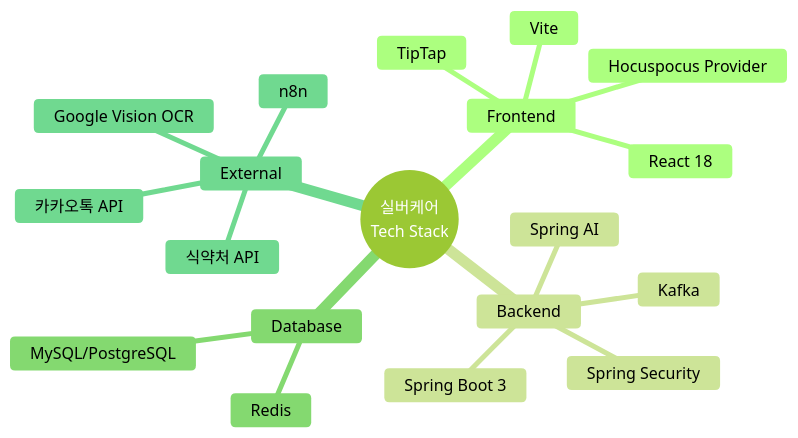
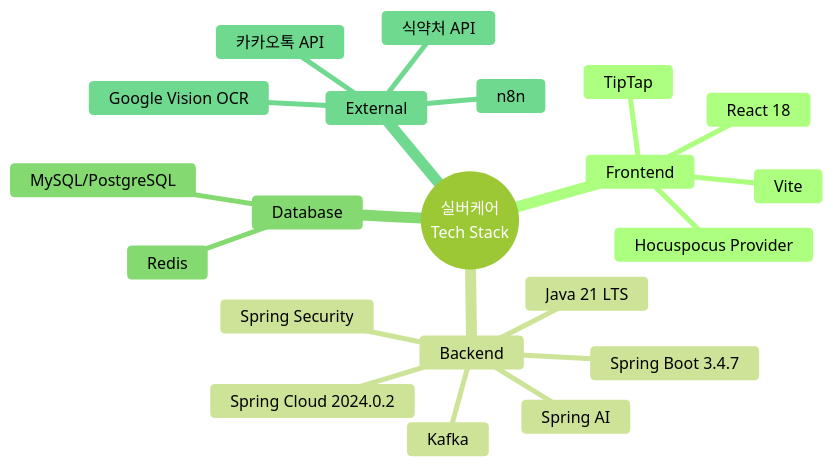
Before and after one commit to KOSA2025-FINAL-PROJECT-TEAM3/Front: the ninth of 9 diagrams in ARCHITECTURE.md, drawn with Mermaid (forest theme). The commit also changed other lines of this file and 2 other files, not shown here.

````diff
--- a/ARCHITECTURE.md
+++ b/ARCHITECTURE.md
@@ -433,22 +433,24 @@
 ```mermaid
 mindmap
   root((실버케어<br/>Tech Stack))
     Frontend
       React 18
       Vite
       TipTap
       Hocuspocus Provider
     Backend
-      Spring Boot 3
+      Java 21 LTS
+      Spring Boot 3.4.7
+      Spring Cloud 2024.0.2
       Spring Security
       Spring AI
       Kafka
     Database
       MySQL/PostgreSQL
       Redis
     External
       Google Vision OCR
       식약처 API
       카카오톡 API
       n8n
 ```
````
